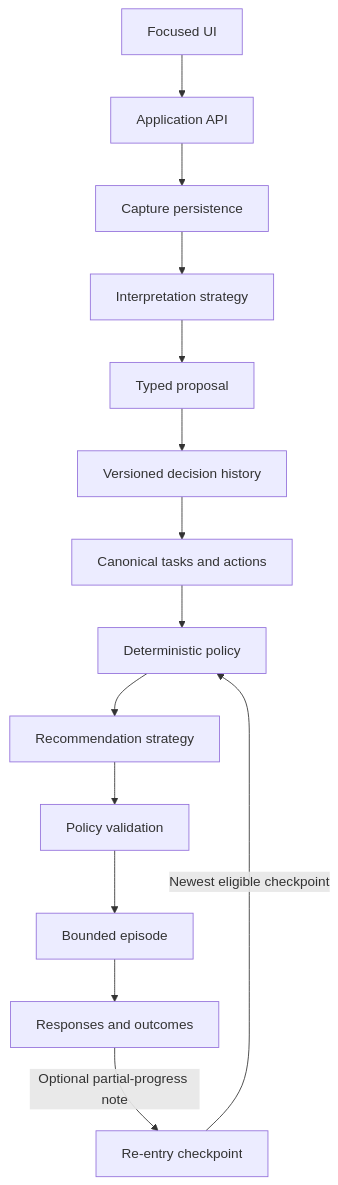
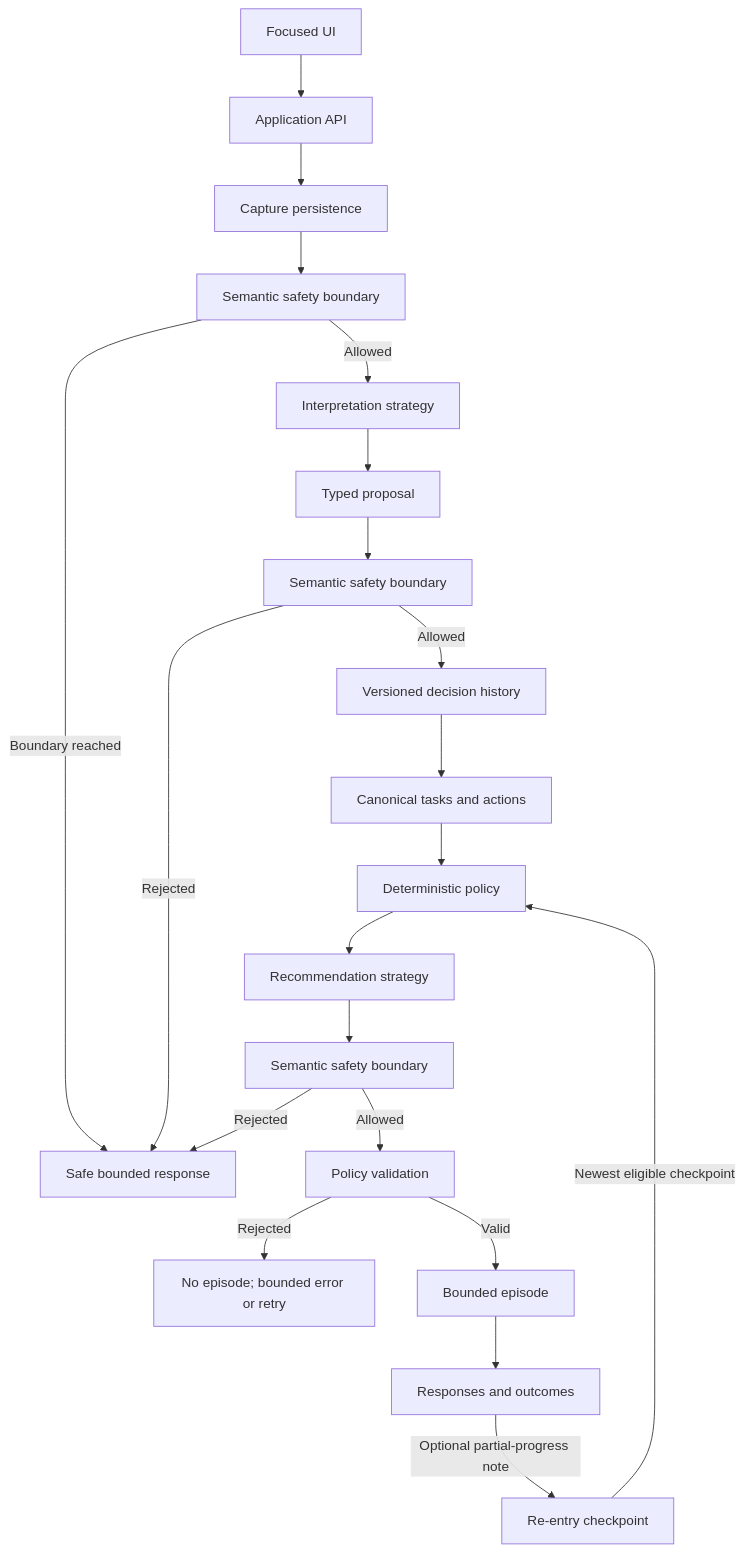
The diagram in docs/architecture.md (rootkow/weavance), drawn with Mermaid before and after one commit. The commit also changed other lines of this file and 6 other files, not shown here.

````diff
--- a/docs/architecture.md
+++ b/docs/architecture.md
@@ -36,16 +37,23 @@
 ```mermaid
 flowchart TD
     UI["Focused UI"] --> API["Application API"]
     API --> STORE["Capture persistence"]
-    STORE --> INTERPRET["Interpretation strategy"]
+    STORE --> SAFETY_IN["Semantic safety boundary"]
+    SAFETY_IN -->|"Allowed"| INTERPRET["Interpretation strategy"]
+    SAFETY_IN -->|"Boundary reached"| SAFE["Safe bounded response"]
     INTERPRET --> PROPOSAL["Typed proposal"]
-    PROPOSAL --> HISTORY["Versioned decision history"]
+    PROPOSAL --> SAFETY_OUT["Semantic safety boundary"]
+    SAFETY_OUT -->|"Rejected"| SAFE
+    SAFETY_OUT -->|"Allowed"| HISTORY["Versioned decision history"]
     HISTORY --> STATE["Canonical tasks and actions"]
     STATE --> POLICY["Deterministic policy"]
     POLICY --> RECOMMEND["Recommendation strategy"]
-    RECOMMEND --> VALIDATE["Policy validation"]
-    VALIDATE --> EPISODE["Bounded episode"]
+    RECOMMEND --> SAFETY_REC["Semantic safety boundary"]
+    SAFETY_REC -->|"Rejected"| SAFE
+    SAFETY_REC -->|"Allowed"| VALIDATE["Policy validation"]
+    VALIDATE -->|"Rejected"| NO_EPISODE["No episode; bounded error or retry"]
+    VALIDATE -->|"Valid"| EPISODE["Bounded episode"]
     EPISODE --> EVENTS["Responses and outcomes"]
     EVENTS -->|"Optional partial-progress note"| REENTRY["Re-entry checkpoint"]
     REENTRY -->|"Newest eligible checkpoint"| POLICY
 ```
````
